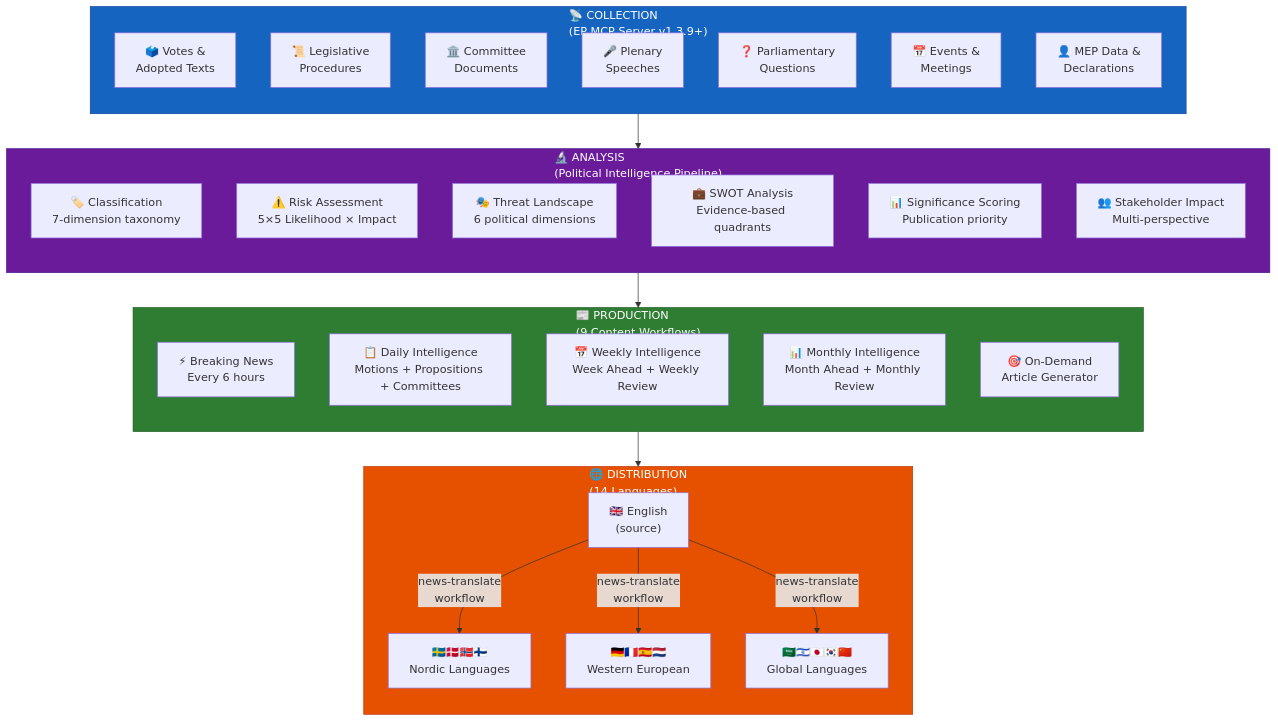
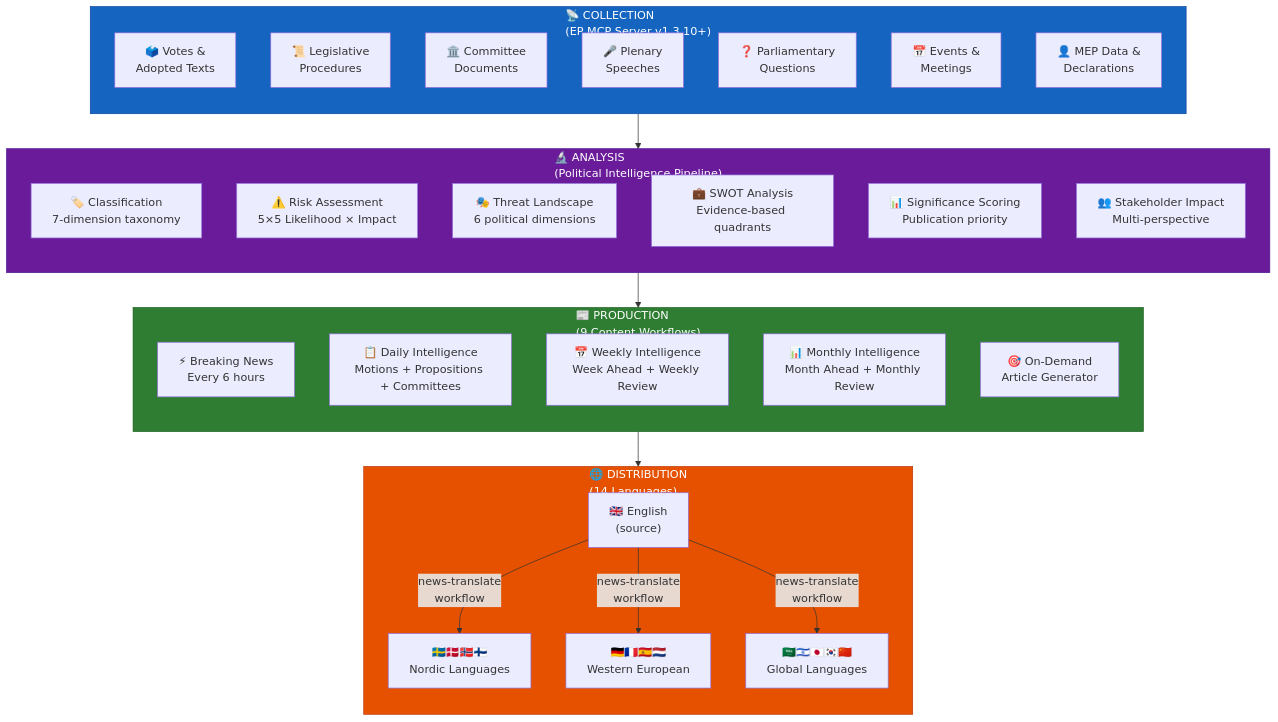
Diagram 19 of 22 in WORKFLOWS.md (Hack23/euparliamentmonitor), drawn with Mermaid before and after one commit. The commit also changed other lines of this file and 47 other files, not shown here.

Commit message:
docs(mcp): bump EP MCP Server refs 1.3.9 → 1.3.10 across workflows, config, code & docs

````diff
--- a/WORKFLOWS.md
+++ b/WORKFLOWS.md
@@ -2033,48 +2033,48 @@
 ```mermaid
 flowchart TD
-    subgraph Collection["📡 COLLECTION<br/>(EP MCP Server v1.3.9+)"]
+    subgraph Collection["📡 COLLECTION<br/>(EP MCP Server v1.3.10+)"]
         direction TB
         C1["🗳️ Votes &<br/>Adopted Texts"]
         C2["📜 Legislative<br/>Procedures"]
         C3["🏛️ Committee<br/>Documents"]
         C4["🎤 Plenary<br/>Speeches"]
         C5["❓ Parliamentary<br/>Questions"]
         C6["📅 Events &<br/>Meetings"]
         C7["👤 MEP Data &<br/>Declarations"]
     end
 
     subgraph Analysis["🔬 ANALYSIS<br/>(Political Intelligence Pipeline)"]
         direction TB
         A1["🏷️ Classification<br/>7-dimension taxonomy"]
         A2["⚠️ Risk Assessment<br/>5×5 Likelihood × Impact"]
         A3["🎭 Threat Landscape<br/>6 political dimensions"]
         A4["💼 SWOT Analysis<br/>Evidence-based quadrants"]
         A5["📊 Significance Scoring<br/>Publication priority"]
         A6["👥 Stakeholder Impact<br/>Multi-perspective"]
     end
 
     subgraph Production["📰 PRODUCTION<br/>(9 Content Workflows)"]
         direction TB
         P1["⚡ Breaking News<br/>Every 6 hours"]
         P2["📋 Daily Intelligence<br/>Motions + Propositions + Committees"]
         P3["📅 Weekly Intelligence<br/>Week Ahead + Weekly Review"]
         P4["📊 Monthly Intelligence<br/>Month Ahead + Monthly Review"]
         P5["🎯 On-Demand<br/>Article Generator"]
     end
 
     subgraph Distribution["🌐 DISTRIBUTION<br/>(14 Languages)"]
         direction TB
         D1["🇬🇧 English<br/>(source)"]
         D2["🇸🇪🇩🇰🇳🇴🇫🇮<br/>Nordic Languages"]
         D3["🇩🇪🇫🇷🇪🇸🇳🇱<br/>Western European"]
         D4["🇸🇦🇮🇱🇯🇵🇰🇷🇨🇳<br/>Global Languages"]
     end
 
     Collection --> Analysis --> Production --> D1
     D1 --> |"news-translate<br/>workflow"| D2 & D3 & D4
 
     style Collection fill:#1565C0,stroke:#0D47A1,color:#FFFFFF
     style Analysis fill:#6A1B9A,stroke:#4A148C,color:#FFFFFF
     style Production fill:#2E7D32,stroke:#1B5E20,color:#FFFFFF
     style Distribution fill:#E65100,stroke:#BF360C,color:#FFFFFF
 ```
````
